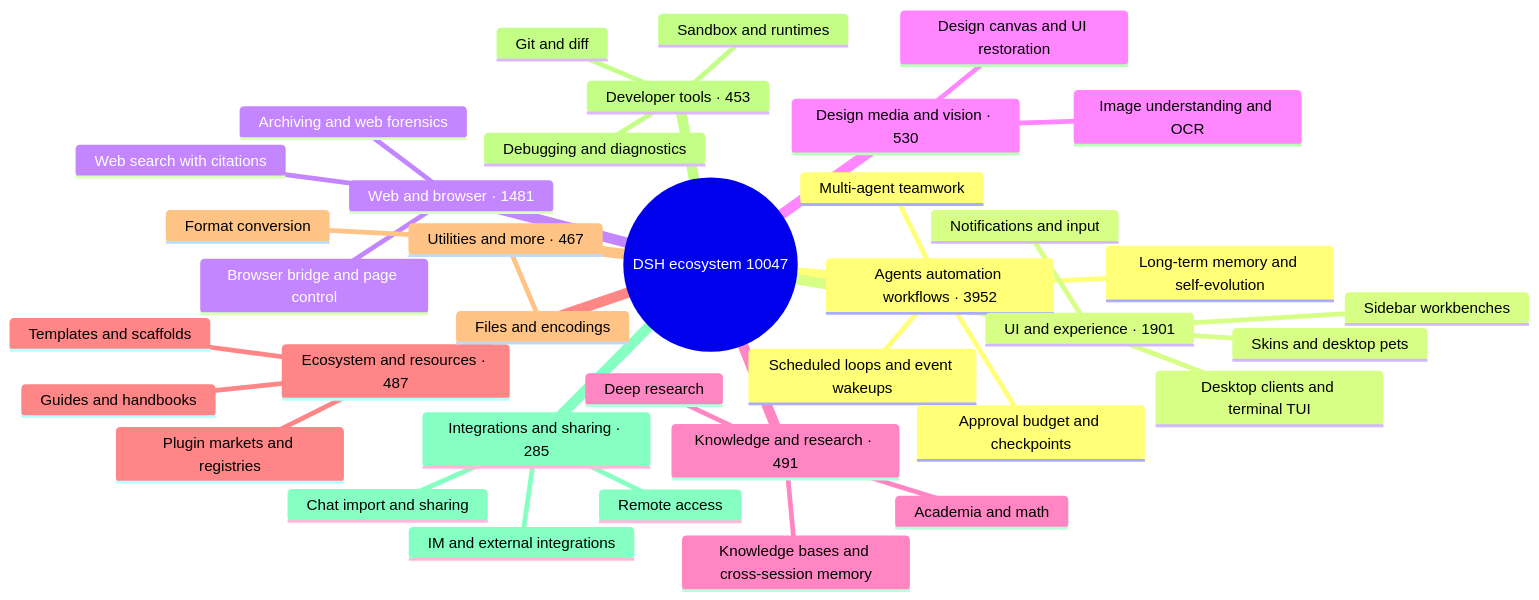
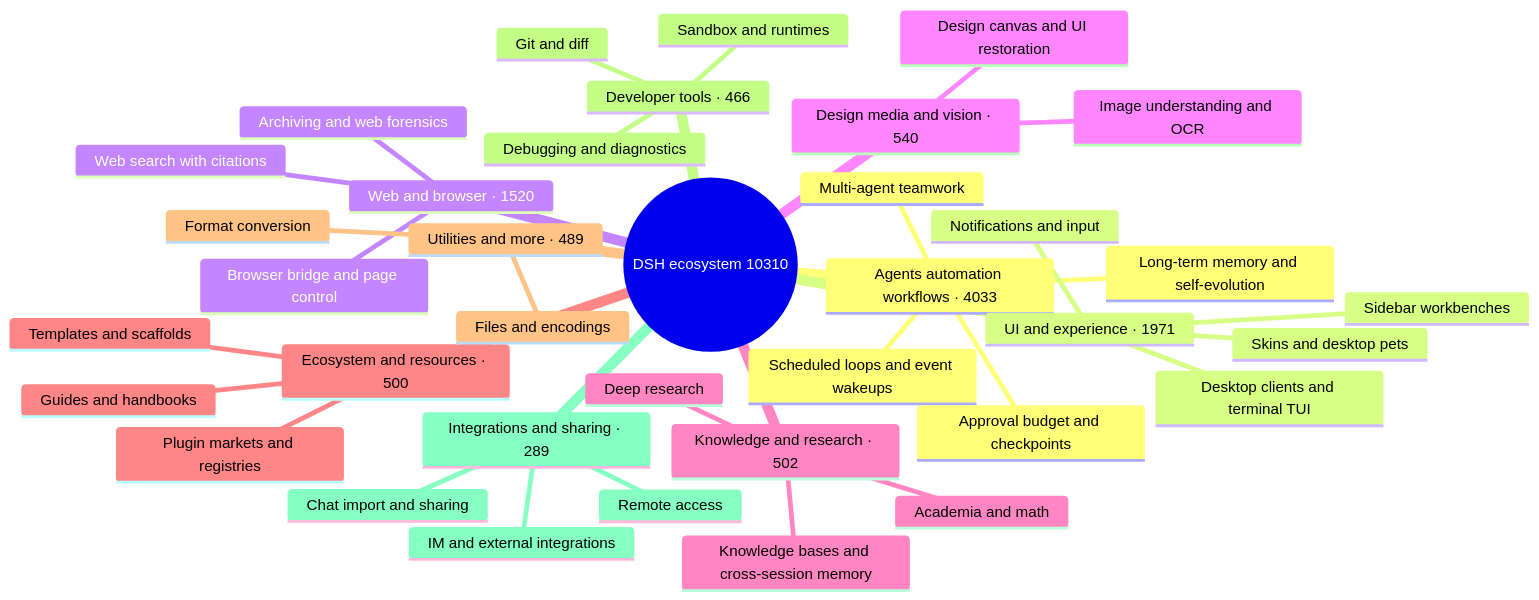
The diagram in README_EN.md (bruc3van/awesome-dsh-plugin), drawn with Mermaid before and after one commit. The commit also changed other lines of this file and 19 other files, not shown here.

````diff
--- a/README_EN.md
+++ b/README_EN.md
@@ -33,40 +33,40 @@
 ```mermaid
 mindmap
-  root((DSH ecosystem 10047))
-    Agents automation workflows · 3952
+  root((DSH ecosystem 10310))
+    Agents automation workflows · 4033
       Scheduled loops and event wakeups
       Multi-agent teamwork
       Long-term memory and self-evolution
       Approval budget and checkpoints
-    UI and experience · 1901
+    UI and experience · 1971
       Desktop clients and terminal TUI
       Sidebar workbenches
       Skins and desktop pets
       Notifications and input
-    Web and browser · 1481
+    Web and browser · 1520
       Browser bridge and page control
       Web search with citations
       Archiving and web forensics
-    Design media and vision · 530
+    Design media and vision · 540
       Image understanding and OCR
       Design canvas and UI restoration
-    Knowledge and research · 491
+    Knowledge and research · 502
       Knowledge bases and cross-session memory
       Deep research
       Academia and math
-    Ecosystem and resources · 487
+    Ecosystem and resources · 500
       Plugin markets and registries
       Templates and scaffolds
       Guides and handbooks
-    Utilities and more · 467
+    Utilities and more · 489
       Files and encodings
       Format conversion
-    Developer tools · 453
+    Developer tools · 466
       Git and diff
       Sandbox and runtimes
       Debugging and diagnostics
-    Integrations and sharing · 285
+    Integrations and sharing · 289
       Chat import and sharing
       Remote access
       IM and external integrations
 ```
````
